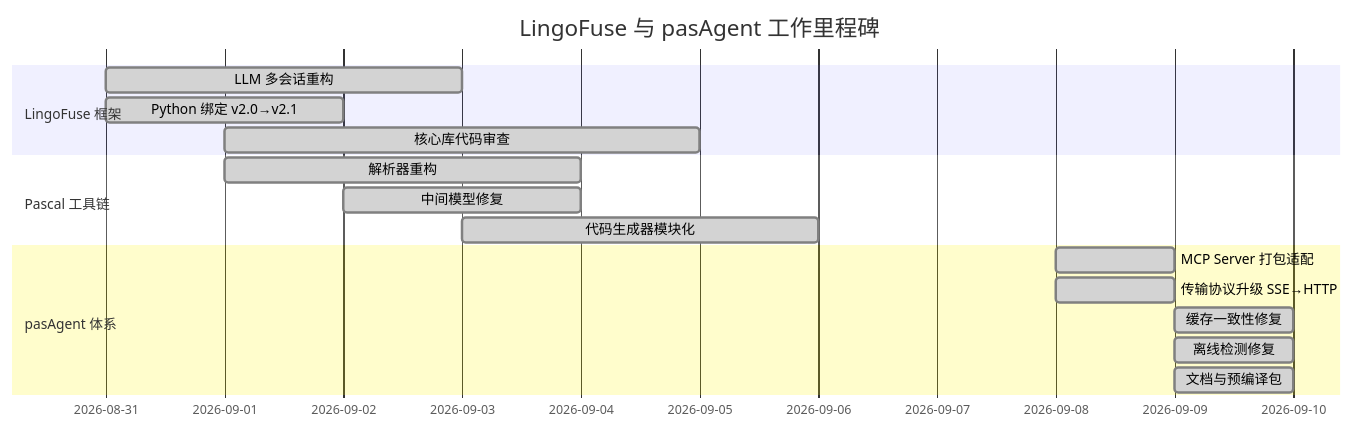
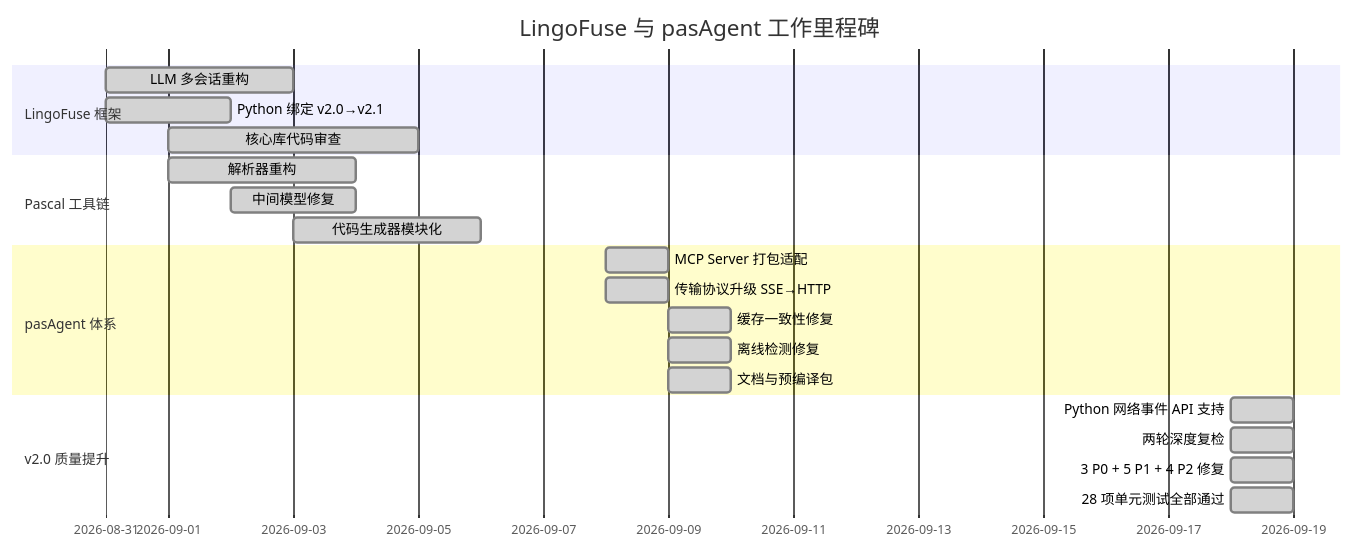
Before and after one commit to PassByYou888/LingoFuse: the fifth of 20 diagrams in Py/LingoFuse_Python_Binding_Migration_Record.md, drawn with Mermaid. The commit also changed other lines of this file, not shown here.

````diff
--- a/Py/LingoFuse_Python_Binding_Migration_Record.md
+++ b/Py/LingoFuse_Python_Binding_Migration_Record.md
@@ -170,19 +180,24 @@
 ```mermaid
 gantt
     title LingoFuse 与 pasAgent 工作里程碑
     dateFormat YYYY-MM-DD
     section LingoFuse 框架
-    LLM 多会话重构           :done, a1, 2026-08-31, 3d
-    Python 绑定 v2.0→v2.1    :done, a2, 2026-08-31, 2d
-    核心库代码审查           :done, a3, 2026-09-01, 4d
+    LLM 多会话重构              :done, a1, 2026-08-31, 3d
+    Python 绑定 v2.0→v2.1       :done, a2, 2026-08-31, 2d
+    核心库代码审查              :done, a3, 2026-09-01, 4d
     section Pascal 工具链
-    解析器重构               :done, b1, 2026-09-01, 3d
-    中间模型修复             :done, b2, 2026-09-02, 2d
-    代码生成器模块化         :done, b3, 2026-09-03, 3d
+    解析器重构                  :done, b1, 2026-09-01, 3d
+    中间模型修复                :done, b2, 2026-09-02, 2d
+    代码生成器模块化            :done, b3, 2026-09-03, 3d
     section pasAgent 体系
-    MCP Server 打包适配      :done, c1, 2026-09-08, 1d
-    传输协议升级 SSE→HTTP    :done, c2, 2026-09-08, 1d
-    缓存一致性修复           :done, c3, 2026-09-09, 1d
-    离线检测修复             :done, c4, 2026-09-09, 1d
-    文档与预编译包           :done, c5, 2026-09-09, 1d
+    MCP Server 打包适配         :done, c1, 2026-09-08, 1d
+    传输协议升级 SSE→HTTP       :done, c2, 2026-09-08, 1d
+    缓存一致性修复              :done, c3, 2026-09-09, 1d
+    离线检测修复                :done, c4, 2026-09-09, 1d
+    文档与预编译包              :done, c5, 2026-09-09, 1d
+    section v2.0 质量提升
+    Python 网络事件 API 支持    :done, d1, 2026-09-18, 1d
+    两轮深度复检                :done, d2, 2026-09-18, 1d
+    3 P0 + 5 P1 + 4 P2 修复     :done, d3, 2026-09-18, 1d
+    28 项单元测试全部通过       :done, d4, 2026-09-18, 1d
 ```
````
